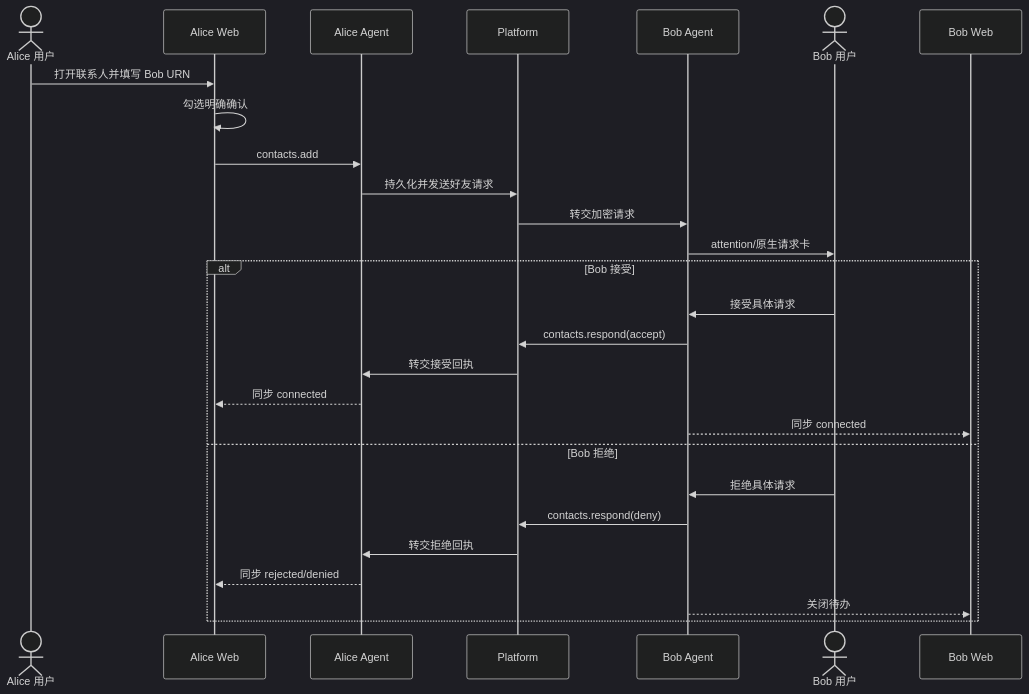
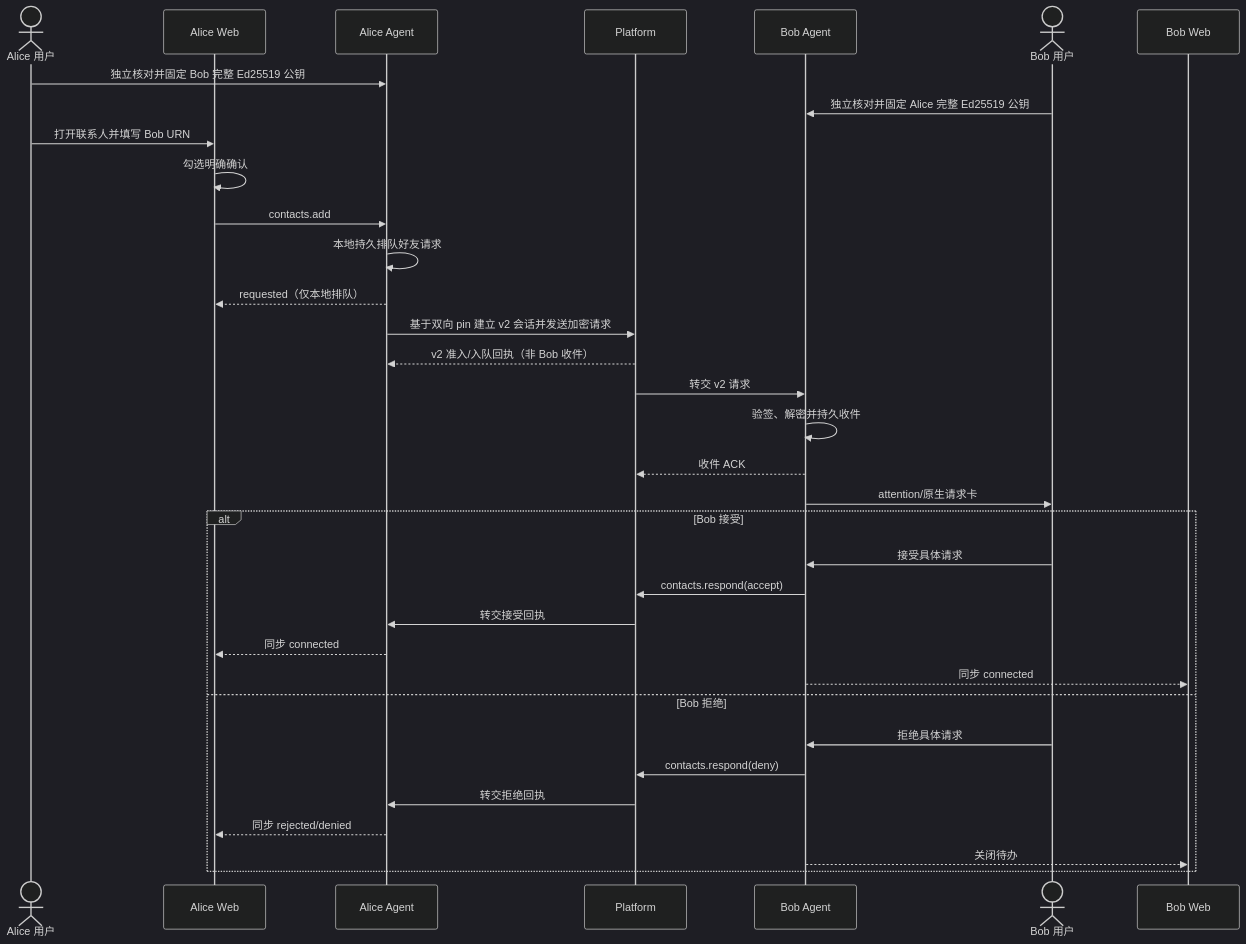
Before and after one commit to BillShiyaoZhang/agent-collaboration-deploy: the ninth of 30 diagrams in docs/testing/TEST_EXECUTION_GUIDE.md, drawn with Mermaid (dark theme). The commit also changed other lines of this file and 7 other files, not shown here.

```diff
--- a/docs/testing/TEST_EXECUTION_GUIDE.md
+++ b/docs/testing/TEST_EXECUTION_GUIDE.md
@@ -448,29 +450,36 @@
 ~~~mermaid
 sequenceDiagram
     actor Alice as Alice 用户
     participant WA as Alice Web
     participant A as Alice Agent
     participant P as Platform
     participant B as Bob Agent
     actor Bob as Bob 用户
     participant WB as Bob Web
+    Alice->>A: 独立核对并固定 Bob 完整 Ed25519 公钥
+    Bob->>B: 独立核对并固定 Alice 完整 Ed25519 公钥
     Alice->>WA: 打开联系人并填写 Bob URN
     WA->>WA: 勾选明确确认
     WA->>A: contacts.add
-    A->>P: 持久化并发送好友请求
-    P->>B: 转交加密请求
+    A->>A: 本地持久排队好友请求
+    A-->>WA: requested（仅本地排队）
+    A->>P: 基于双向 pin 建立 v2 会话并发送加密请求
+    P-->>A: v2 准入/入队回执（非 Bob 收件）
+    P->>B: 转交 v2 请求
+    B->>B: 验签、解密并持久收件
+    B-->>P: 收件 ACK
     B->>Bob: attention/原生请求卡
     alt Bob 接受
         Bob->>B: 接受具体请求
         B->>P: contacts.respond(accept)
         P->>A: 转交接受回执
         A-->>WA: 同步 connected
         B-->>WB: 同步 connected
     else Bob 拒绝
         Bob->>B: 拒绝具体请求
         B->>P: contacts.respond(deny)
         P->>A: 转交拒绝回执
         A-->>WA: 同步 rejected/denied
         B-->>WB: 关闭待办
     end
 ~~~
```
